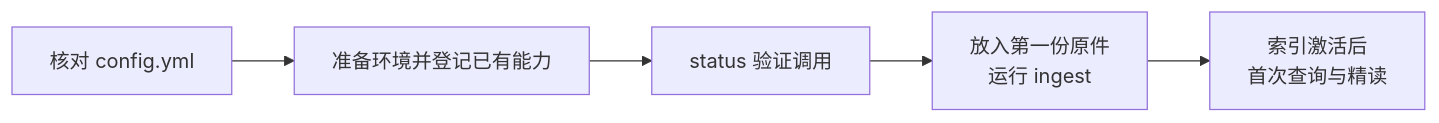
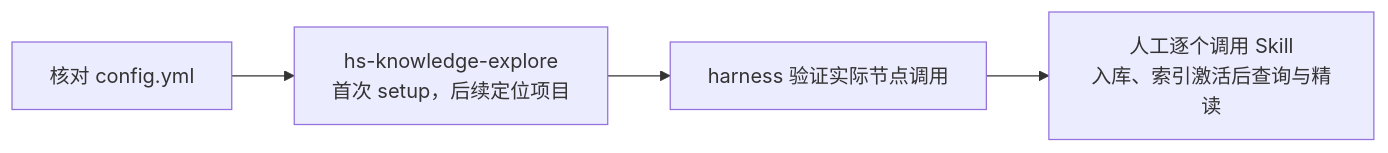
The diagram in himate-knowledge-wifi-mp/docs-llm-wiki/使用说明.md (Robin-hhc/FactumCore), drawn with Mermaid before and after one commit. The commit also changed other lines of this file and 183 other files, not shown here.

Commit message:
refactor: simplify HiMate setup and skill execution

````diff
--- a/himate-knowledge-wifi-mp/docs-llm-wiki/使用说明.md
+++ b/himate-knowledge-wifi-mp/docs-llm-wiki/使用说明.md
@@ -20,7 +17,6 @@
 ```mermaid
 flowchart LR
-    A["核对 config.yml"] --> B["准备环境并登记已有能力"]
-    B --> C["status 验证调用"]
-    C --> D["放入第一份原件<br/>运行 ingest"]
-    D --> E["索引激活后<br/>首次查询与精读"]
+    A["核对 config.yml"] --> B["hs-knowledge-explore<br/>首次 setup，后续定位项目"]
+    B --> C["harness 验证实际节点调用"]
+    C --> D["人工逐个调用 Skill<br/>入库、索引激活后查询与精读"]
 ```
````
